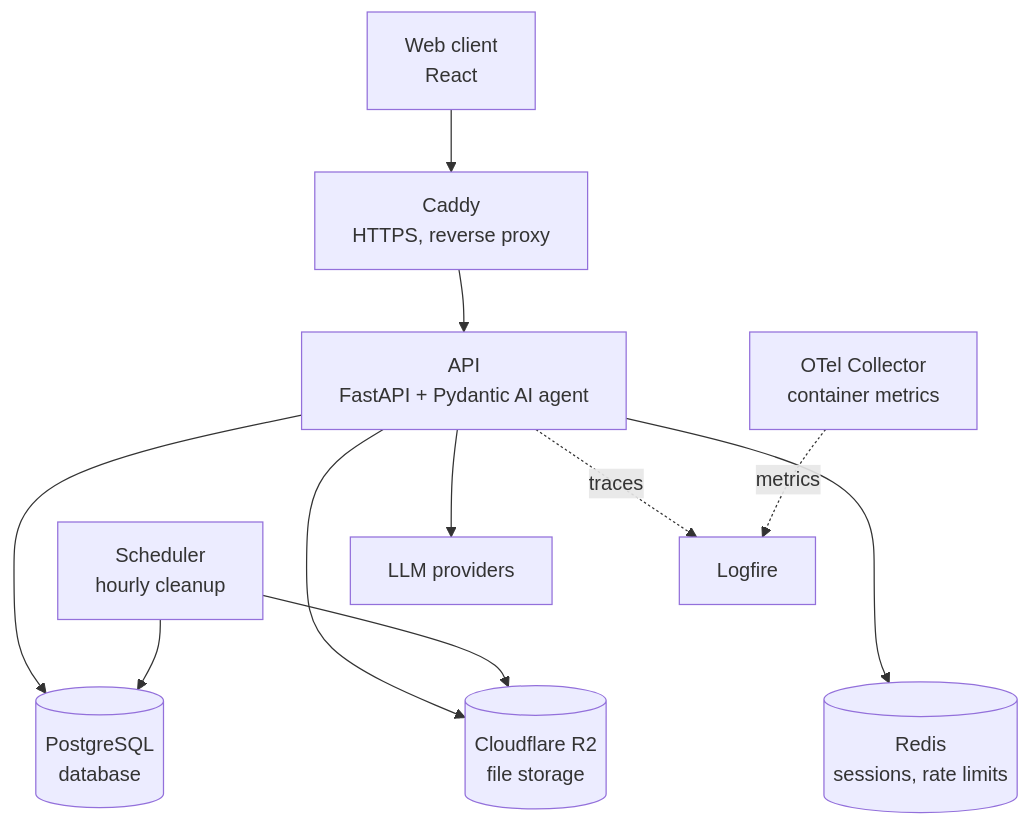
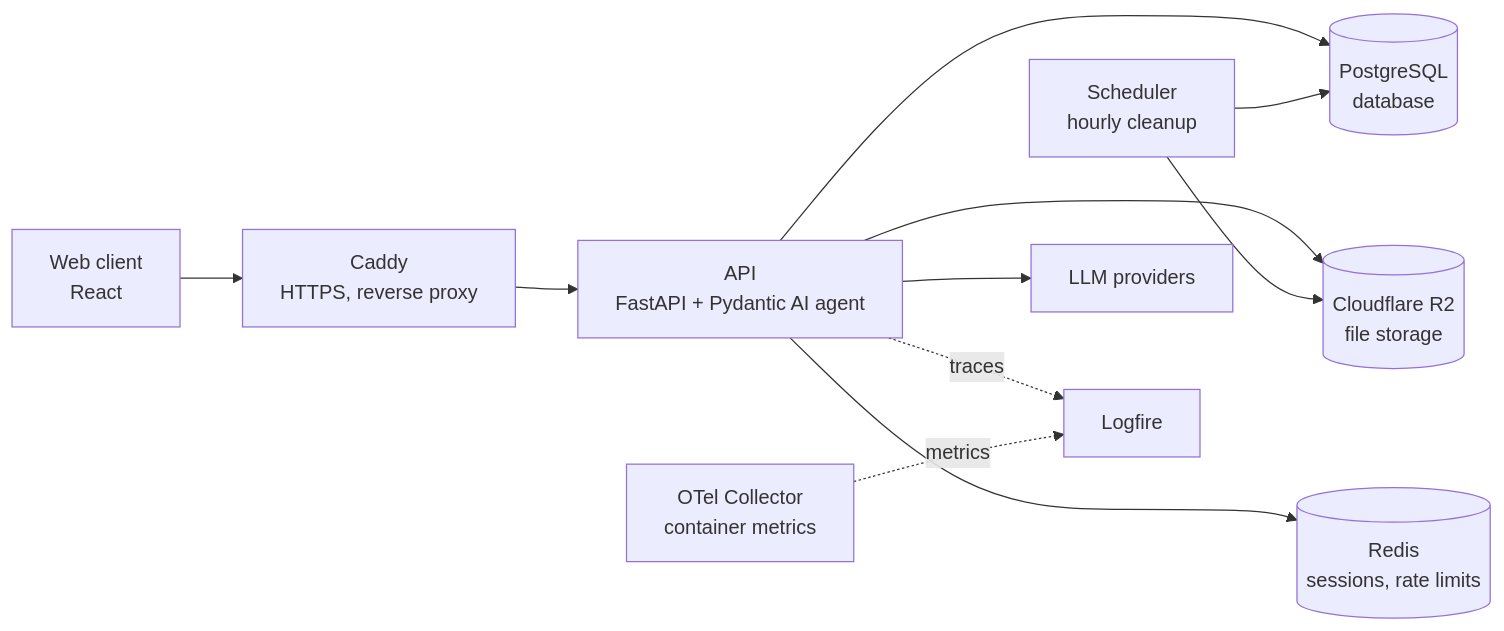
The diagram in README.md (mekanbaymyradov/AI-Hub), drawn with Mermaid before and after one commit.

Commit message:
docs(readme): draw the architecture diagram left to right

````diff
--- a/README.md
+++ b/README.md
@@ -87,22 +87,22 @@
 ```mermaid
-flowchart TB
+flowchart LR
     client["Web client<br/>React"] --> caddy["Caddy<br/>HTTPS, reverse proxy"]
 
     caddy ~~~ scheduler["Scheduler<br/>hourly cleanup"]
     caddy --> api["API<br/>FastAPI + Pydantic AI agent"]
     caddy ~~~ collector["OTel Collector<br/>container metrics"]
 
     api --> llms["LLM providers"]
     api -. traces .-> logfire["Logfire"]
     collector -. metrics .-> logfire
 
     api --> postgres[("PostgreSQL<br/>database")]
     api --> redis[("Redis<br/>sessions, rate limits")]
     api --> r2[("Cloudflare R2<br/>file storage")]
     scheduler --> postgres & r2
 
-    %% Keeps the data stores on the bottom row, below the external services.
+    %% Keeps the data stores in the last column, after the external services.
     llms ~~~ postgres
     llms ~~~ redis
     logfire ~~~ r2
 ```
````
